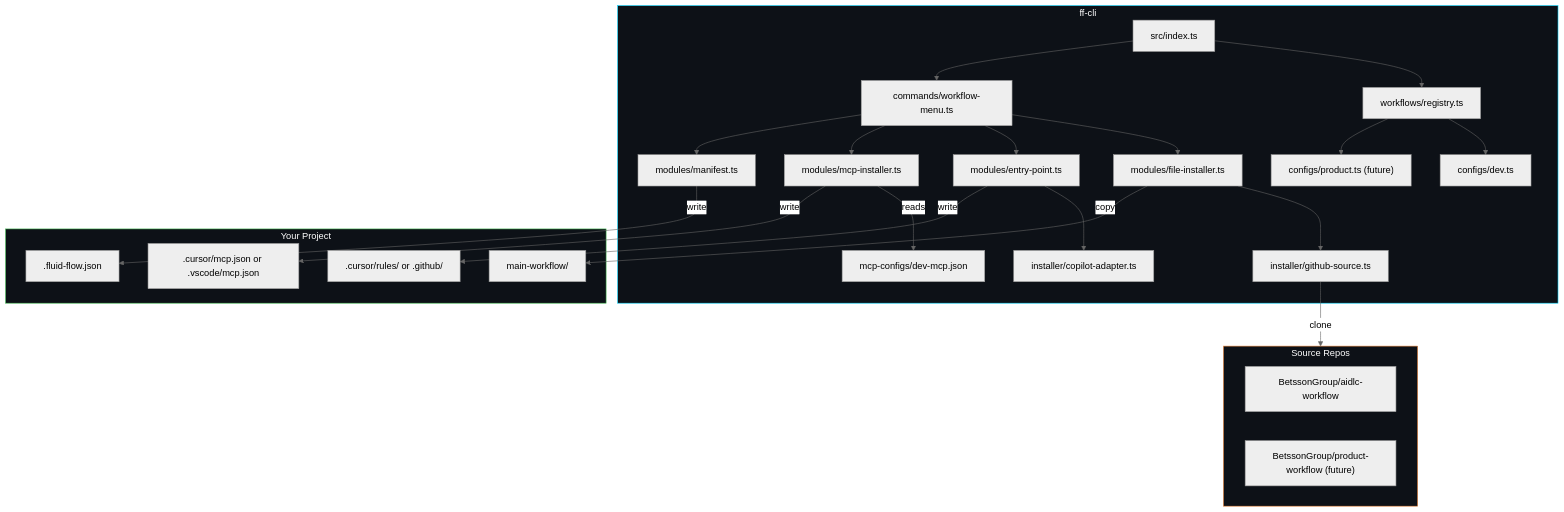
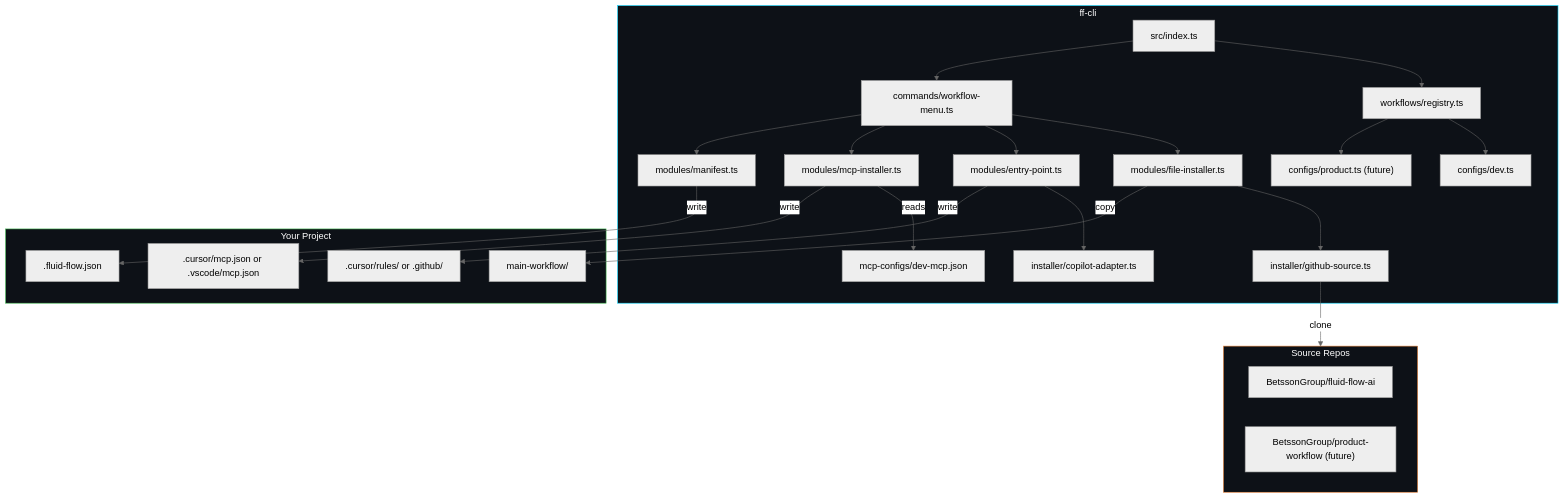
Before and after one commit to premkumarjanagarajan/cdl-ff-cli: the second of 2 diagrams in README.md, drawn with Mermaid (neutral theme). The commit also changed other lines of this file and 4 other files, not shown here.

First line of the commit message:
chore: update workflow source repo to BetssonGroup/fluid-flow-ai

````diff
--- a/README.md
+++ b/README.md
@@ -787,40 +787,40 @@
 ```mermaid
 graph TD
     subgraph CLI["ff-cli"]
         A[src/index.ts] --> WR[workflows/registry.ts]
         WR --> DC[configs/dev.ts]
         WR --> PC["configs/product.ts (future)"]
         
         A --> WM[commands/workflow-menu.ts]
         WM --> FI[modules/file-installer.ts]
         WM --> EP[modules/entry-point.ts]
         WM --> MI[modules/mcp-installer.ts]
         WM --> MAN[modules/manifest.ts]
         
         MI -->|reads| MCP["mcp-configs/dev-mcp.json"]
         FI --> GS[installer/github-source.ts]
         EP --> CA[installer/copilot-adapter.ts]
     end
     
     subgraph Sources["Source Repos"]
-        SR1["BetssonGroup/aidlc-workflow"]
+        SR1["BetssonGroup/fluid-flow-ai"]
         SR2["BetssonGroup/product-workflow (future)"]
     end
     
     subgraph Target["Your Project"]
         T1[main-workflow/]
         T2[.cursor/rules/ or .github/]
         T3[.fluid-flow.json]
         T4[.cursor/mcp.json or .vscode/mcp.json]
     end
     
     GS -->|clone| Sources
     FI -->|copy| T1
     EP -->|write| T2
     MAN -->|write| T3
     MI -->|write| T4
     
     style CLI fill:#0d1117,stroke:#00d4ff,color:#fff
     style Sources fill:#0d1117,stroke:#f0883e,color:#fff
     style Target fill:#0d1117,stroke:#3fb950,color:#fff
 ```
````
